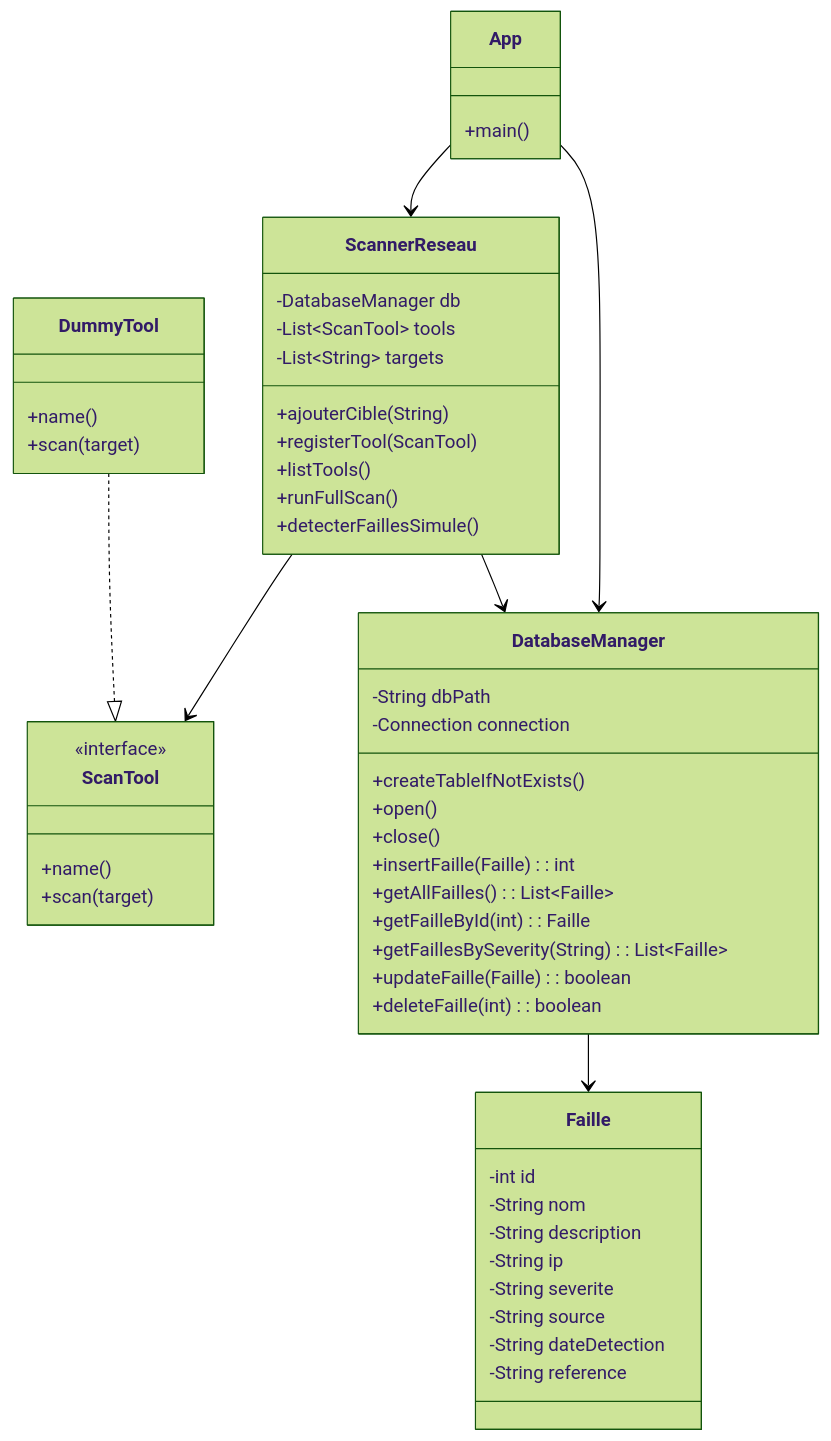
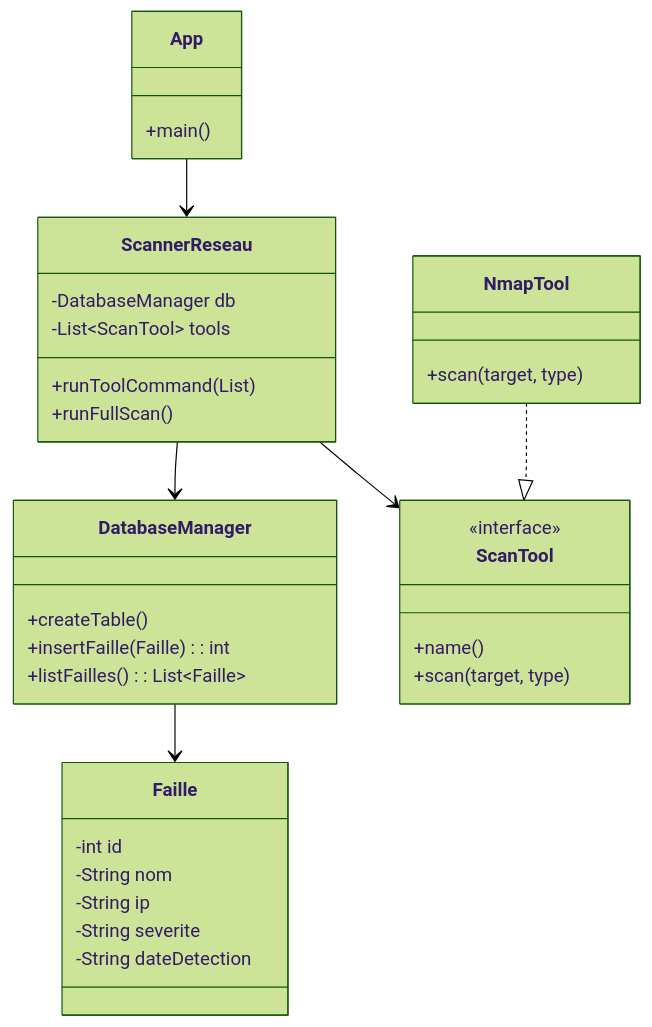
The diagram in README.md (spalexandre13/SAE302), drawn with Mermaid (forest theme) before and after one commit. The commit also changed other lines of this file, not shown here.

Commit message:
Revise README for project clarity and details
Updated the README to reflect project goals and structure.

````diff
--- a/README.md
+++ b/README.md
@@ -31,55 +39,38 @@
 ```mermaid
 classDiagram
-    class App {
-        +main()
-    }
-    class ScannerReseau {
-        -DatabaseManager db
-        -List~ScanTool~ tools
-        -List~String~ targets
-        +ajouterCible(String)
-        +registerTool(ScanTool)
-        +listTools()
-        +runFullScan()
-        +detecterFaillesSimule()
-    }
-    class ScanTool {
-        <<interface>>
-        +name()
-        +scan(target)
-    }
-    class DummyTool {
-        +name()
-        +scan(target)
+    class App {
+        +main()
+    }
+    class ScannerReseau {
+        -DatabaseManager db
+        -List~ScanTool~ tools
+        +runToolCommand(List<String>)
+        +runFullScan()
+    }
+    class ScanTool {
+        <<interface>>
+        +name()
+        +scan(target, type)
+    }
+    class NmapTool {
+        +scan(target, type)
     }
     class DatabaseManager {
-        -String dbPath
-        -Connection connection
-        +createTableIfNotExists()
-        +open()
-        +close()
-        +insertFaille(Faille) : int
-        +getAllFailles() : List~Faille~
-        +getFailleById(int) : Faille
-        +getFaillesBySeverity(String) : List~Faille~
-        +updateFaille(Faille) : boolean
-        +deleteFaille(int) : boolean
-    }
-    class Faille {
-        -int id
-        -String nom
-        -String description
-        -String ip
-        -String severite
-        -String source
-        -String dateDetection
-        -String reference
-    }
+        +createTable()
+        +insertFaille(Faille) : int
+        +listFailles() : List~Faille~
+    }
+    class Faille {
+        -int id
+        -String nom
+        -String ip
+        -String severite
+        -String dateDetection
+    }
 
-    App --> ScannerReseau
-    App --> DatabaseManager
-    ScannerReseau --> ScanTool
-    ScannerReseau --> DatabaseManager
-    DummyTool ..|> ScanTool
-    DatabaseManager --> Faille
+    App --> ScannerReseau
+    ScannerReseau --> DatabaseManager
+    ScannerReseau --> ScanTool
+    NmapTool ..|> ScanTool
+    DatabaseManager --> Faille
 ```
````
